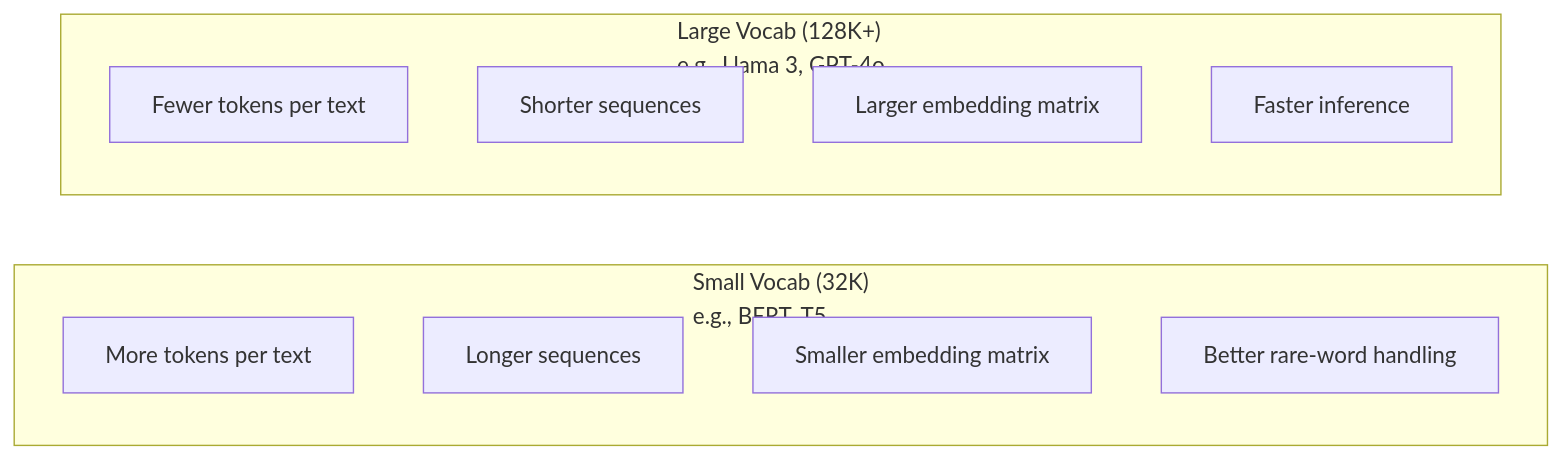
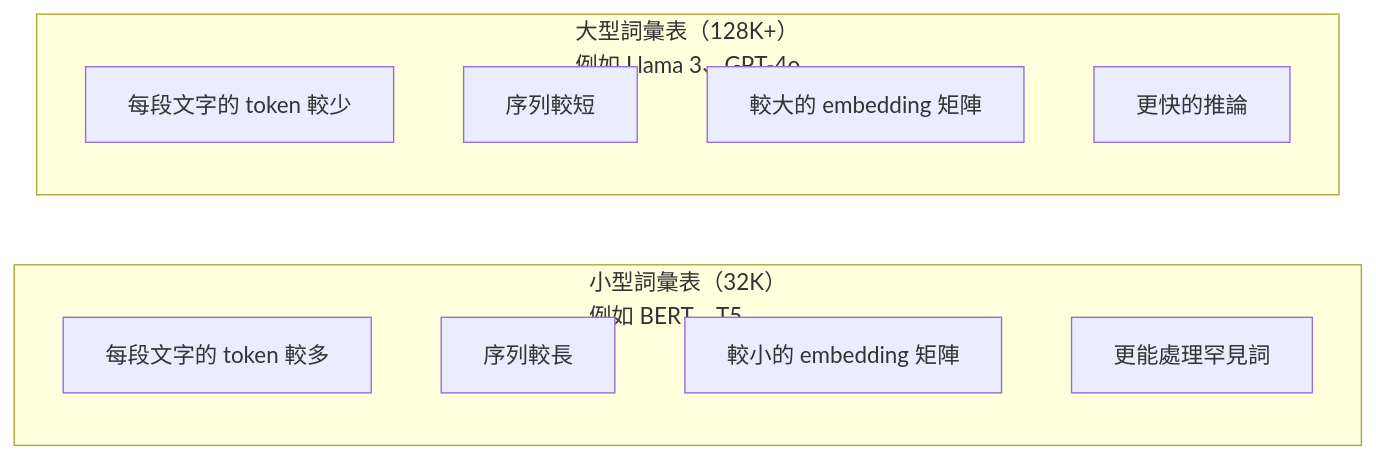
Before and after one commit to edward821220/ai-engineering-from-scratch: the third of 3 diagrams in i18n/zh-TW/phases/10-llms-from-scratch/01-tokenizers/docs/zh-TW.md, drawn with Mermaid. The commit also changed other lines of this file and 123 other files, not shown here.

````diff
--- a/i18n/zh-TW/phases/10-llms-from-scratch/01-tokenizers/docs/zh-TW.md
+++ b/i18n/zh-TW/phases/10-llms-from-scratch/01-tokenizers/docs/zh-TW.md
@@ -168,15 +168,15 @@
 ```mermaid
 graph LR
-    subgraph Small["Small Vocab (32K)\ne.g., BERT, T5"]
-        S1["More tokens per text"]
-        S2["Longer sequences"]
-        S3["Smaller embedding matrix"]
-        S4["Better rare-word handling"]
+    subgraph Small["小型詞彙表（32K）\n例如 BERT、T5"]
+        S1["每段文字的 token 較多"]
+        S2["序列較長"]
+        S3["較小的 embedding 矩陣"]
+        S4["更能處理罕見詞"]
     end
-    subgraph Large["Large Vocab (128K+)\ne.g., Llama 3, GPT-4o"]
-        L1["Fewer tokens per text"]
-        L2["Shorter sequences"]
-        L3["Larger embedding matrix"]
-        L4["Faster inference"]
+    subgraph Large["大型詞彙表（128K+）\n例如 Llama 3、GPT-4o"]
+        L1["每段文字的 token 較少"]
+        L2["序列較短"]
+        L3["較大的 embedding 矩陣"]
+        L4["更快的推論"]
     end
 ```
````
